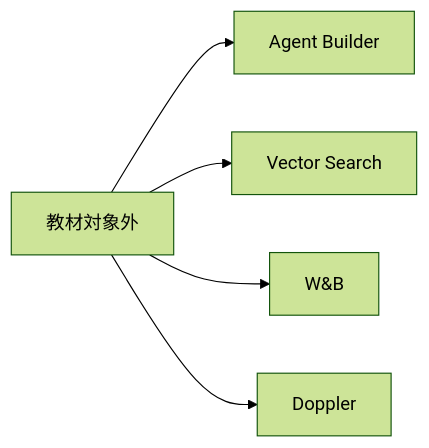
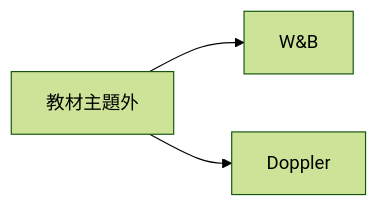
The fourth of 4 diagrams in 6/study-hybrid-search-pmle/docs/教育資料/05_図解.md (kurosawa-kuro/study-gcp-mlops), drawn with Mermaid (forest theme) before and after one commit. The commit also changed other lines of this file and 51 other files, not shown here.

````diff
--- a/6/study-hybrid-search-pmle/docs/教育資料/05_図解.md
+++ b/6/study-hybrid-search-pmle/docs/教育資料/05_図解.md
@@ -52,8 +52,6 @@
 ```mermaid
 flowchart LR
-    Out[教材対象外]
-    Out --> A[Agent Builder]
-    Out --> V[Vector Search]
+    Out[教材主題外]
     Out --> W[W&B]
     Out --> D[Doppler]
 ```
````
